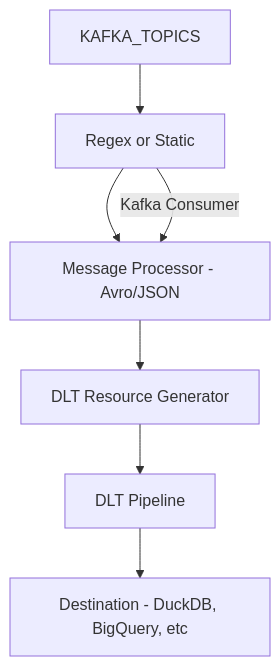
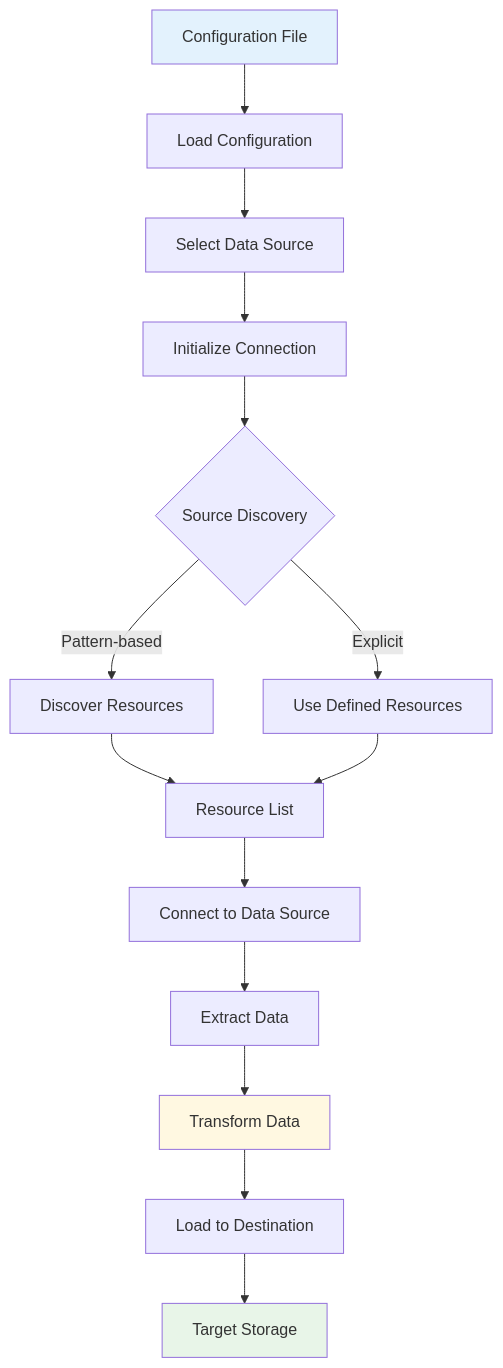
The diagram in docs/technical-design-doc.md (JesuFemi-O/grokking-dlt-kafka), drawn with Mermaid before and after one commit.

Commit message:
adjust flow chart

````diff
--- a/docs/technical-design-doc.md
+++ b/docs/technical-design-doc.md
@@ -59,10 +59,23 @@
 ```mermaid
 flowchart TD
-    A["KAFKA_TOPICS"] --> B["Regex or Static"]
-    B --> C["Message Processor - Avro/JSON"]
-    C --> D["DLT Resource Generator"]
-    D --> E["DLT Pipeline"]
-    E --> F["Destination - DuckDB, BigQuery, etc"]
+    A["Configuration File"] --> B["Load Configuration"]
+    B --> C["Select Data Source"]
+    C --> D["Initialize Connection"]
     
-    B --> |"Kafka Consumer"| C
+    D --> E{"Source Discovery"}
+    E -->|"Pattern-based"| F["Discover Resources"]
+    E -->|"Explicit"| G["Use Defined Resources"]
+    
+    F --> H["Resource List"]
+    G --> H
+    
+    H --> I["Connect to Data Source"]
+    I --> J["Extract Data"]
+    J --> K["Transform Data"]
+    K --> L["Load to Destination"]
+    L --> M["Target Storage"]
+    
+    style A fill:#e3f2fd
+    style M fill:#e8f5e8
+    style K fill:#fff8e1
 ```
````
